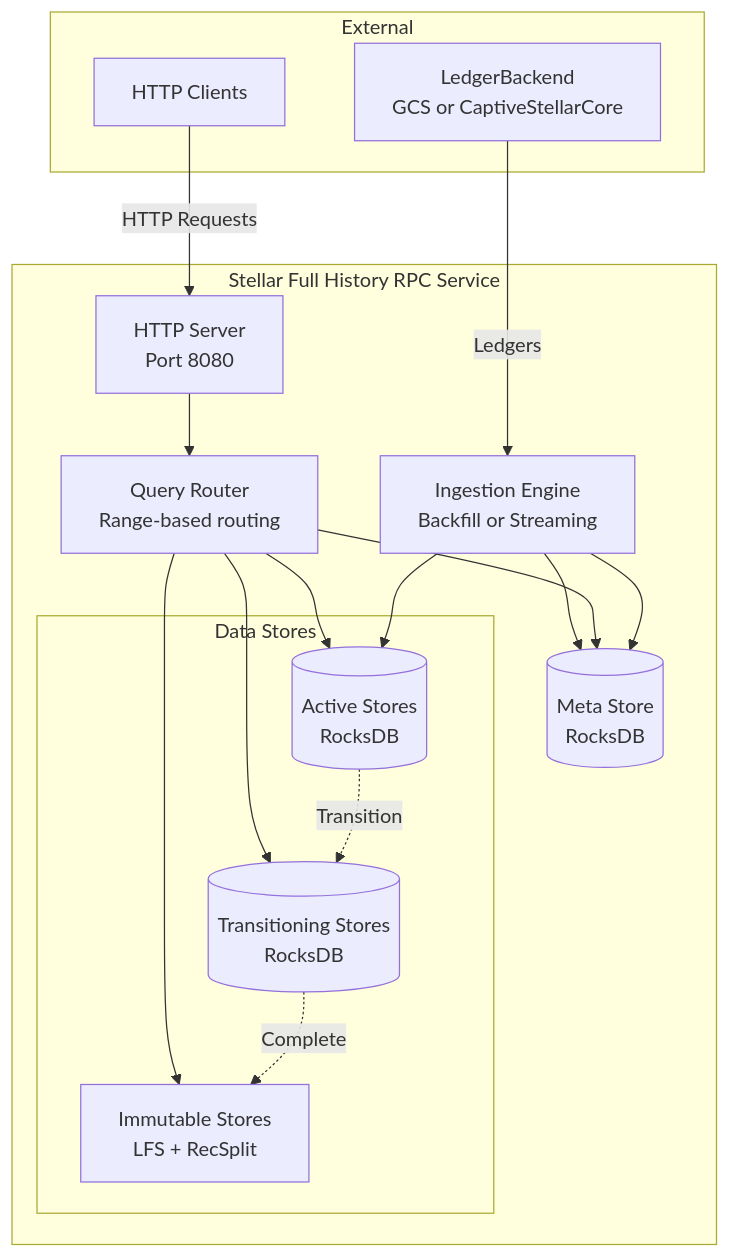
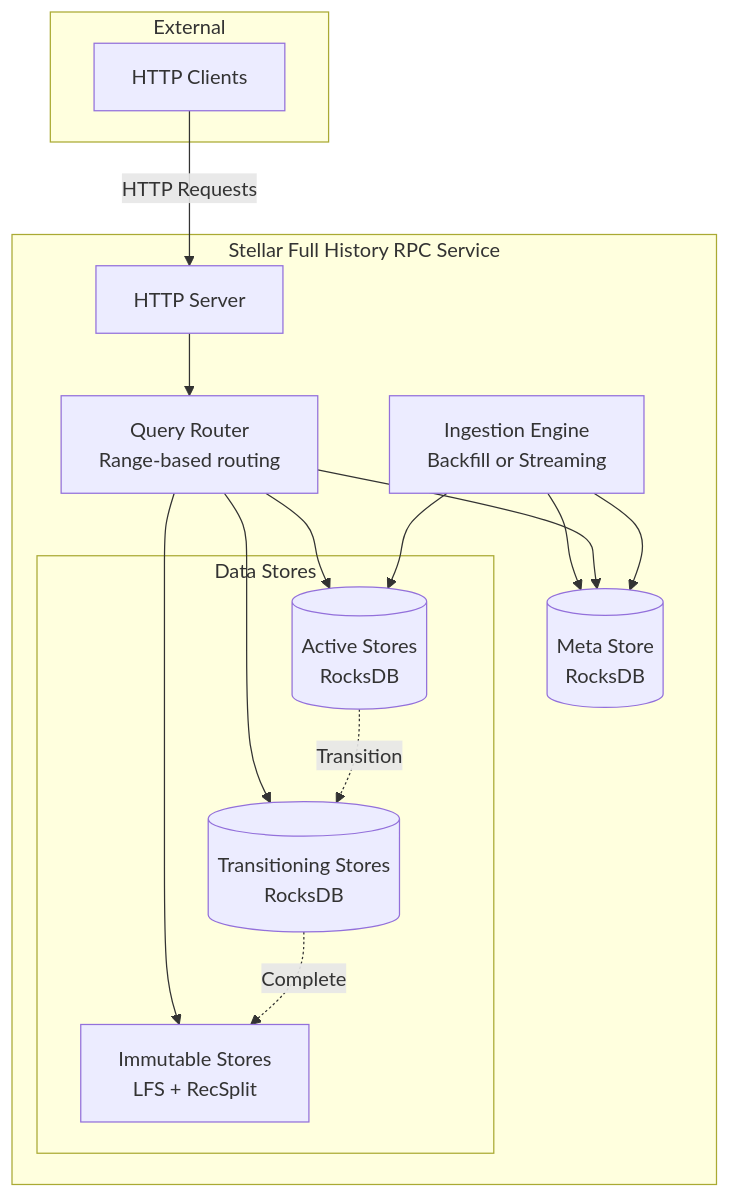
The first of 4 diagrams in design-docs/01-architecture-overview.md (karthikiyer56/stellar-full-history-ingestion), drawn with Mermaid before and after one commit. The commit also changed other lines of this file and 1 other file, not shown here.

````diff
--- a/design-docs/01-architecture-overview.md
+++ b/design-docs/01-architecture-overview.md
@@ -13,36 +11,37 @@
 ```mermaid
 graph TB
-    subgraph "External"
-        LB[LedgerBackend<br/>GCS or CaptiveStellarCore]
-        Client[HTTP Clients]
+%% ---------------- External ----------------
+  subgraph "External"
+    Client[HTTP Clients]
+  end
+
+%% ------------- Stellar Full History RPC Service -------------
+  subgraph "Stellar Full History RPC Service"
+    HTTP[HTTP Server]
+    Router[Query Router<br/>Range-based routing]
+    Ingestion[Ingestion Engine<br/>Backfill or Streaming]
+    Meta[(Meta Store<br/>RocksDB)]
+
+    subgraph "Data Stores"
+      Active[(Active Stores<br/>RocksDB)]
+      Trans[(Transitioning Stores<br/>RocksDB)]
+      Immut[Immutable Stores<br/>LFS + RecSplit]
     end
-    
-    subgraph "Stellar Full History RPC Service"
-        HTTP[HTTP Server<br/>Port 8080]
-        Router[Query Router<br/>Range-based routing]
-        Ingestion[Ingestion Engine<br/>Backfill or Streaming]
-        Meta[(Meta Store<br/>RocksDB)]
-        
-        subgraph "Data Stores"
-            Active[(Active Stores<br/>RocksDB)]
-            Trans[(Transitioning Stores<br/>RocksDB)]
-            Immut[Immutable Stores<br/>LFS + RecSplit]
-        end
-    end
-    
-    Client -->|HTTP Requests| HTTP
-    HTTP --> Router
-    Router --> Active
-    Router --> Trans
-    Router --> Immut
-    
-    LB -->|Ledgers| Ingestion
-    Ingestion --> Active
-    Ingestion --> Meta
-    
-    Active -.->|Transition| Trans
-    Trans -.->|Complete| Immut
-    
-    Router --> Meta
-    Ingestion --> Meta
+  end
+
+%% ---------------- Arrows ----------------
+  Client -->|HTTP Requests| HTTP
+  HTTP --> Router
+  Router --> Active
+  Router --> Trans
+  Router --> Immut
+
+  Ingestion --> Active
+  Ingestion --> Meta
+
+  Active -.->|Transition| Trans
+  Trans -.->|Complete| Immut
+
+  Router --> Meta
+  Ingestion --> Meta
 ```
````
